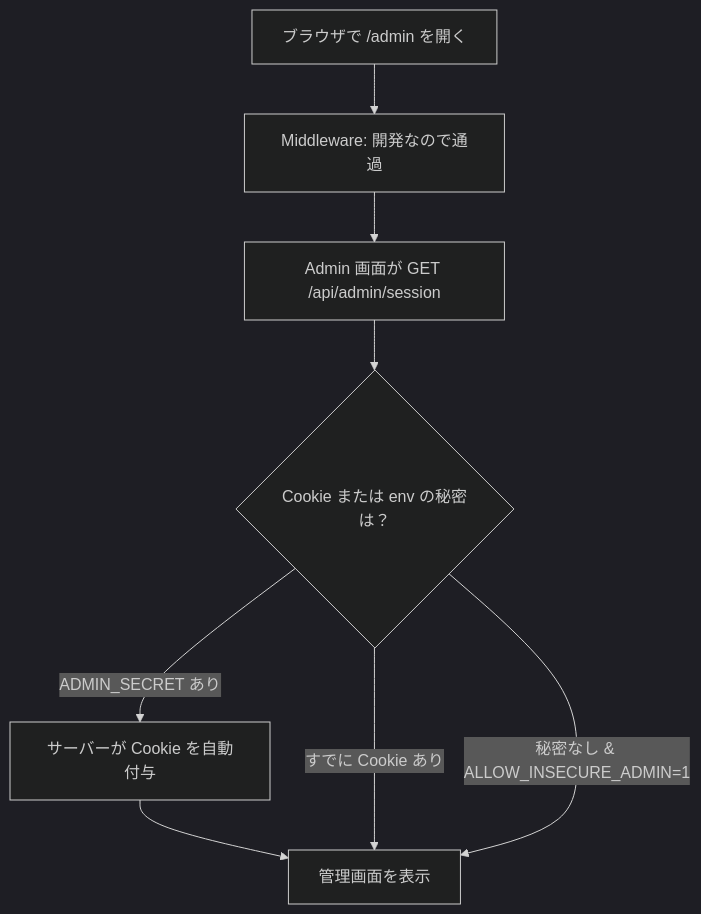
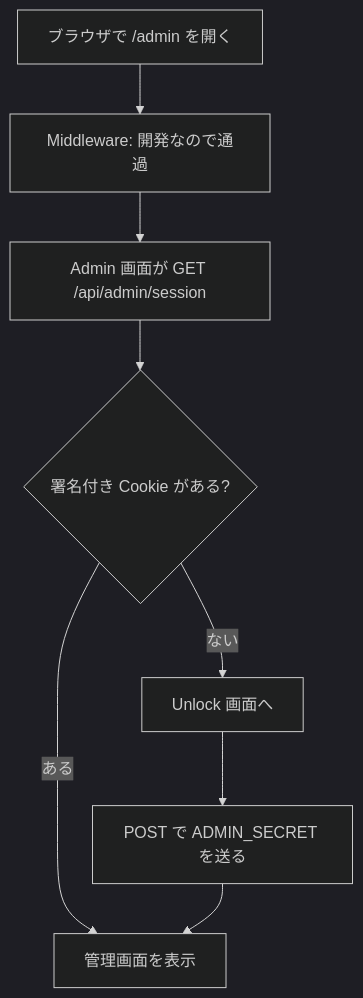
Before and after one commit to nobu0903/tinder-googlemap: the second of 6 diagrams in ADMIN_ACCESS_FLOW.md, drawn with Mermaid (dark theme). The commit also changed other lines of this file and 2 other files, not shown here.

Commit message:
fix: require the admin password before issuing a session cookie
A development server that is reachable from the network no longer becomes admin just by opening the page.

````diff
--- a/ADMIN_ACCESS_FLOW.md
+++ b/ADMIN_ACCESS_FLOW.md
@@ -56,10 +56,10 @@
 ```mermaid
 flowchart TD
   A[ブラウザで /admin を開く] --> B[Middleware: 開発なので通過]
   B --> C[Admin 画面が GET /api/admin/session]
-  C --> D{Cookie または env の秘密は？}
-  D -->|ADMIN_SECRET あり| E[サーバーが Cookie を自動付与]
-  E --> F[管理画面を表示]
-  D -->|すでに Cookie あり| F
-  D -->|秘密なし & ALLOW_INSECURE_ADMIN=1| F
+  C --> D{署名付き Cookie がある?}
+  D -->|ある| F[管理画面を表示]
+  D -->|ない| G[Unlock 画面へ]
+  G --> H[POST で ADMIN_SECRET を送る]
+  H --> F
 ```
````
